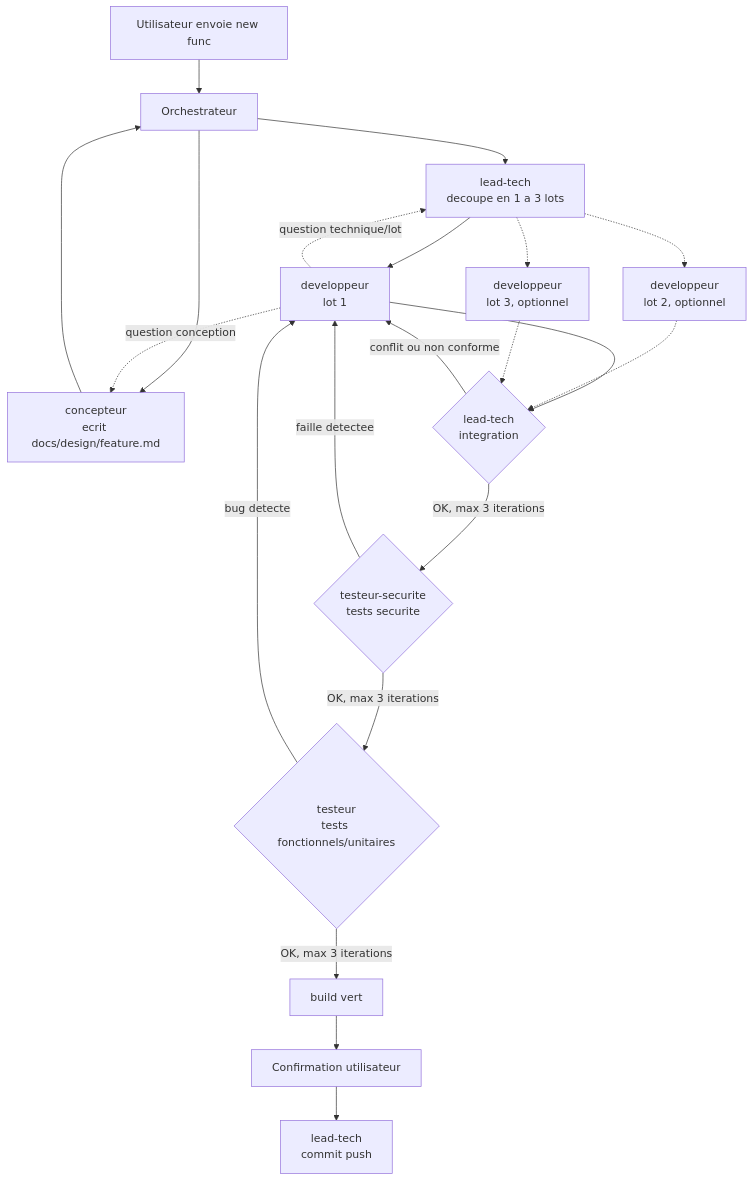
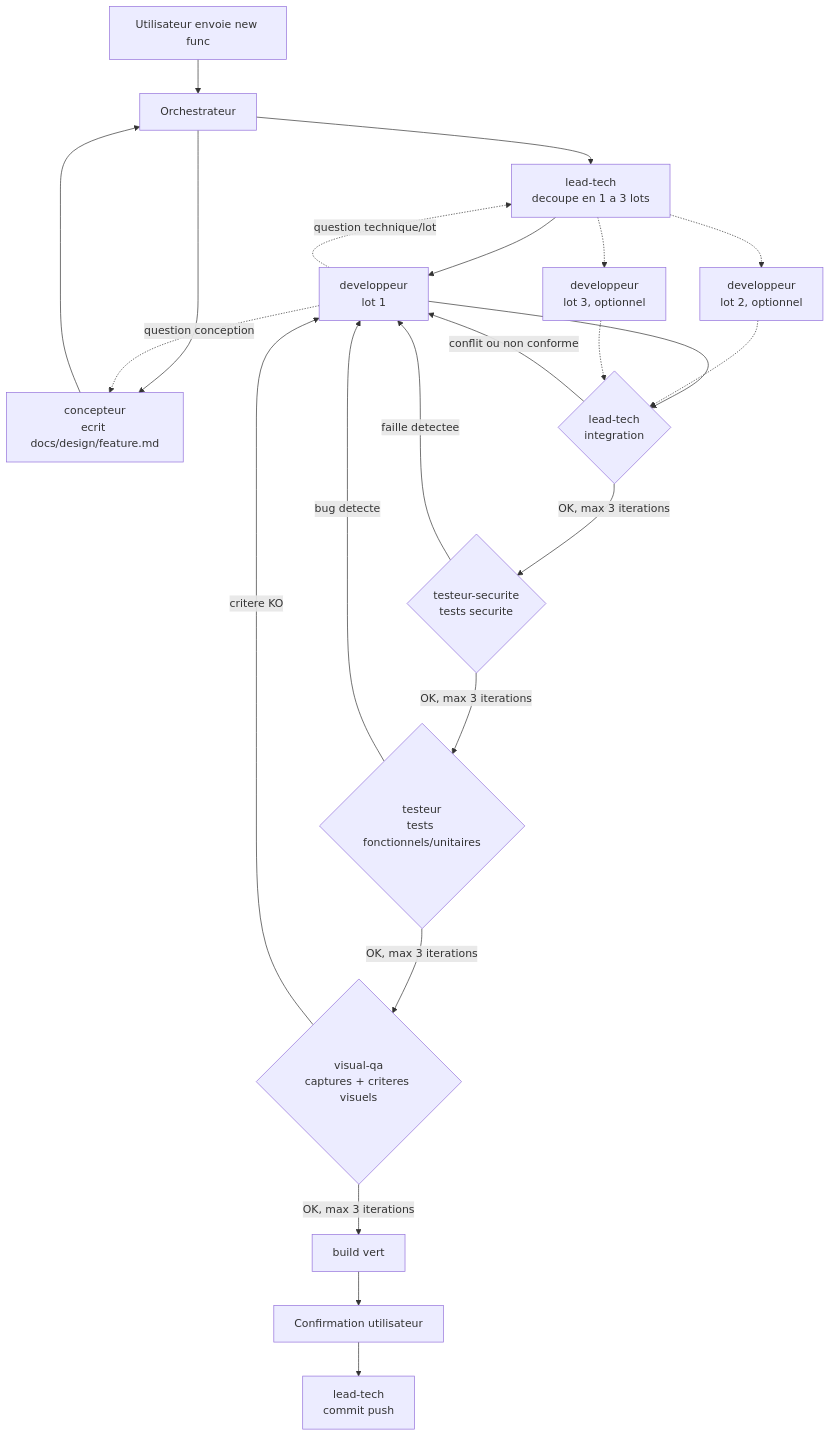
One commit to david-bouyssel/poc-fps-dark changed the diagram in .github/copilot-instructions.md. Above: the diagram before and after it, drawn with Mermaid. The commit also changed other lines of this file and 12 other files, not shown here.

````diff
--- a/.github/copilot-instructions.md
+++ b/.github/copilot-instructions.md
@@ -330,23 +401,25 @@
 ```mermaid
 flowchart TD
     U[Utilisateur envoie new func] --> O[Orchestrateur]
     O --> C[concepteur<br/>ecrit docs/design/feature.md]
     C --> O
     O --> L1[lead-tech<br/>decoupe en 1 a 3 lots]
     L1 --> D1[developpeur<br/>lot 1]
     L1 -.-> D2[developpeur<br/>lot 2, optionnel]
     L1 -.-> D3[developpeur<br/>lot 3, optionnel]
     D1 --> L2{lead-tech<br/>integration}
     D2 -.-> L2
     D3 -.-> L2
     L2 -- conflit ou non conforme --> D1
     L2 -- OK, max 3 iterations --> S{testeur-securite<br/>tests securite}
     S -- faille detectee --> D1
     S -- OK, max 3 iterations --> T{testeur<br/>tests fonctionnels/unitaires}
     T -- bug detecte --> D1
-    T -- OK, max 3 iterations --> B[build vert]
+    T -- OK, max 3 iterations --> V{visual-qa<br/>captures + criteres visuels}
+    V -- critere KO --> D1
+    V -- OK, max 3 iterations --> B[build vert]
     D1 -. question conception .-> C
     D1 -. question technique/lot .-> L1
     B --> Conf[Confirmation utilisateur]
     Conf --> G[lead-tech<br/>commit push]
 ```
````
